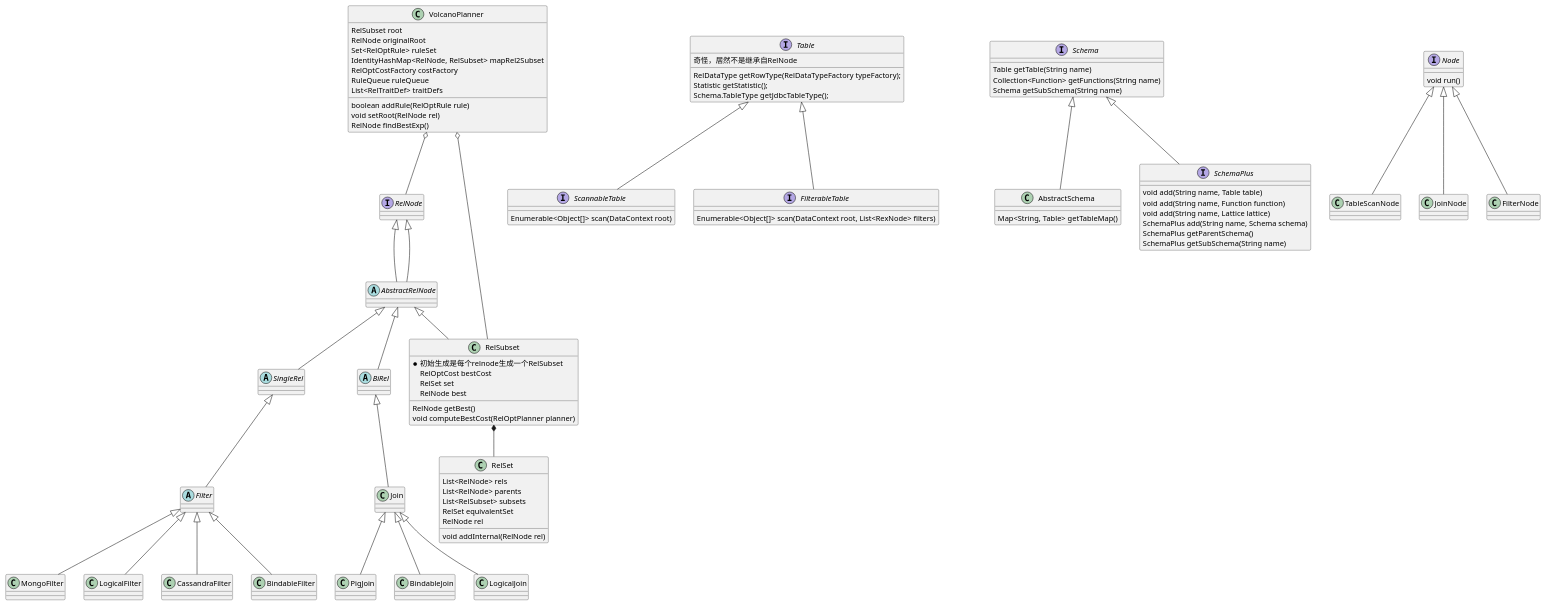
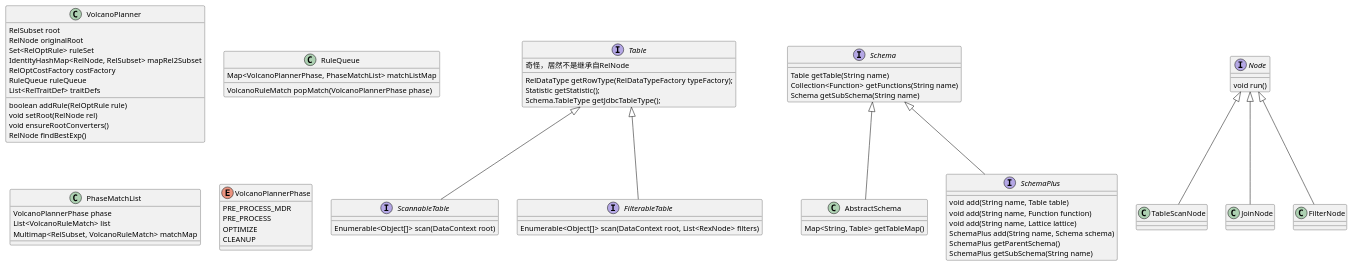
Before and after one commit to scwf/flink-hello: the second of 2 diagrams in scwf/calcite.puml, drawn with PlantUML. The commit also changed 3 other files, not shown here.

```diff
--- a/scwf/calcite.puml
+++ b/scwf/calcite.puml
@@ -1,123 +91,86 @@
 @startuml
-
-interface RelNode
-abstract AbstractRelNode
-
-RelNode <|-- AbstractRelNode
-AbstractRelNode <|-- RelSubset
-RelSubset *-- RelSet
-VolcanoPlanner o-- RelSubset
-VolcanoPlanner o-- RelNode
-
-class RelSubset {
-*初始生成是每个relnode生成一个RelSubset
-RelOptCost bestCost
-RelSet set
-RelNode best
-RelNode getBest()
-void computeBestCost(RelOptPlanner planner)
-}
-
-class RelSet {
-List<RelNode> rels
-List<RelNode> parents
-List<RelSubset> subsets
-RelSet equivalentSet
-RelNode rel
-void addInternal(RelNode rel)
-}
 
 class VolcanoPlanner {
   RelSubset root
   RelNode originalRoot
   Set<RelOptRule> ruleSet
   IdentityHashMap<RelNode, RelSubset> mapRel2Subset
   RelOptCostFactory costFactory
   RuleQueue ruleQueue
   List<RelTraitDef> traitDefs
 
   boolean addRule(RelOptRule rule)
   void setRoot(RelNode rel)
+  void ensureRootConverters()
   RelNode findBestExp()
+}
+
+class RuleQueue {
+VolcanoRuleMatch popMatch(VolcanoPlannerPhase phase)
+Map<VolcanoPlannerPhase, PhaseMatchList> matchListMap
+}
+
+class PhaseMatchList {
+VolcanoPlannerPhase phase
+List<VolcanoRuleMatch> list
+Multimap<RelSubset, VolcanoRuleMatch> matchMap
+}
+
+enum VolcanoPlannerPhase {
+  PRE_PROCESS_MDR
+  PRE_PROCESS
+  OPTIMIZE
+  CLEANUP
 }
 
 Table <|-- ScannableTable
 Table <|-- FilterableTable
 Schema <|-- AbstractSchema
 Schema <|-- SchemaPlus
 
 interface Table {
   奇怪，居然不是继承自RelNode
   RelDataType getRowType(RelDataTypeFactory typeFactory);
   Statistic getStatistic();
   Schema.TableType getJdbcTableType();
 }
 interface ScannableTable {
  Enumerable<Object[]> scan(DataContext root)
 }
 interface FilterableTable {
 Enumerable<Object[]> scan(DataContext root, List<RexNode> filters)
 }
 
 interface Schema {
 Table getTable(String name)
 Collection<Function> getFunctions(String name)
 Schema getSubSchema(String name)
 }
 
 interface SchemaPlus {
   void add(String name, Table table)
   void add(String name, Function function)
   void add(String name, Lattice lattice)
   SchemaPlus add(String name, Schema schema)
   SchemaPlus getParentSchema()
   SchemaPlus getSubSchema(String name)
 }
 
 class AbstractSchema {
 Map<String, Table> getTableMap()
 }
 
 Node <|-- TableScanNode
 Node <|-- JoinNode
 Node <|-- FilterNode
 interface Node {
 void run()
 }
 class TableScanNode {
 }
 class JoinNode {
 }
 class FilterNode {
 }
 
-RelNode <|-- AbstractRelNode
-AbstractRelNode <|-- SingleRel
-AbstractRelNode <|-- BiRel
-BiRel <|-- Join
-Join <|-- LogicalJoin
-Join <|-- PigJoin
-Join <|-- BindableJoin
-
-SingleRel <|-- Filter
-Filter <|-- LogicalFilter
-Filter <|-- CassandraFilter
-Filter <|-- BindableFilter
-Filter <|-- MongoFilter
-
-interface RelNode
-abstract class AbstractRelNode
-abstract class BiRel
-class Join
-class LogicalJoin
-class PigJoin
-class BindableJoin
-
-abstract class SingleRel
-abstract class Filter
-class LogicalFilter
-class CassandraFilter
-class BindableFilter
-class MongoFilter
-
 @enduml
```
